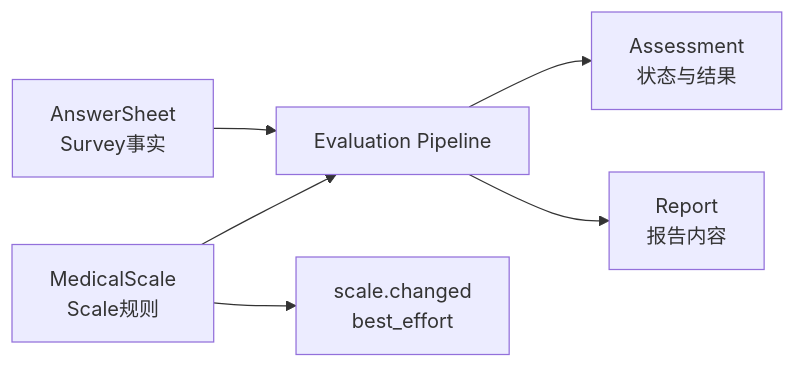
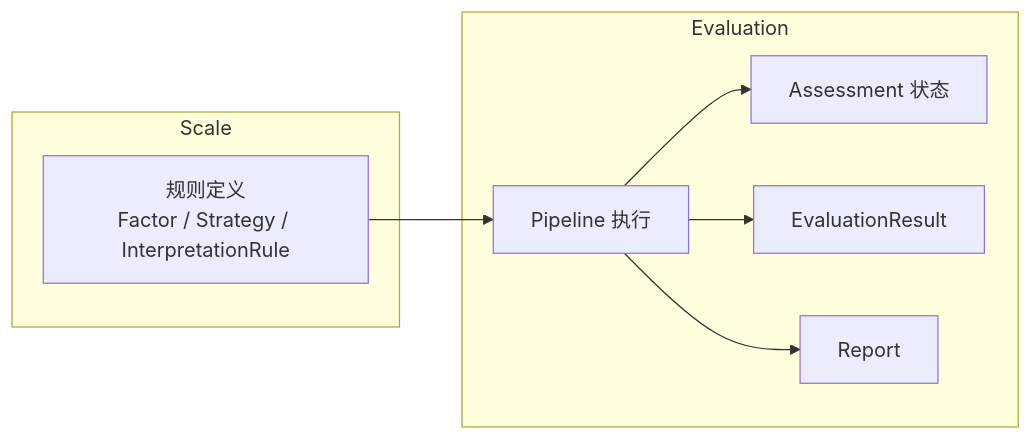
One commit to FangcunMount/qs-server changed the third of 3 diagrams in docs/02-业务模块/scale/03-与Evaluation衔接.md. Above: the diagram before and after it, drawn with Mermaid. The commit also changed other lines of this file and 5 other files, not shown here.

````diff
--- a/docs/02-业务模块/scale/03-与Evaluation衔接.md
+++ b/docs/02-业务模块/scale/03-与Evaluation衔接.md
@@ -28,8 +197,18 @@
 ```mermaid
 flowchart LR
-    sheet["AnswerSheet\nSurvey事实"] --> pipeline["Evaluation Pipeline"]
-    scale["MedicalScale\nScale规则"] --> pipeline
-    pipeline --> assessment["Assessment\n状态与结果"]
-    pipeline --> report["Report\n报告内容"]
-    scale --> changed["scale.changed\nbest_effort"]
+    subgraph Scale["Scale"]
+        rule["规则定义<br/>Factor / Strategy / InterpretationRule"]
+    end
+
+    subgraph Evaluation["Evaluation"]
+        pipeline["Pipeline 执行"]
+        assessment["Assessment 状态"]
+        result["EvaluationResult"]
+        report["Report"]
+    end
+
+    rule --> pipeline
+    pipeline --> assessment
+    pipeline --> result
+    pipeline --> report
 ```
````
